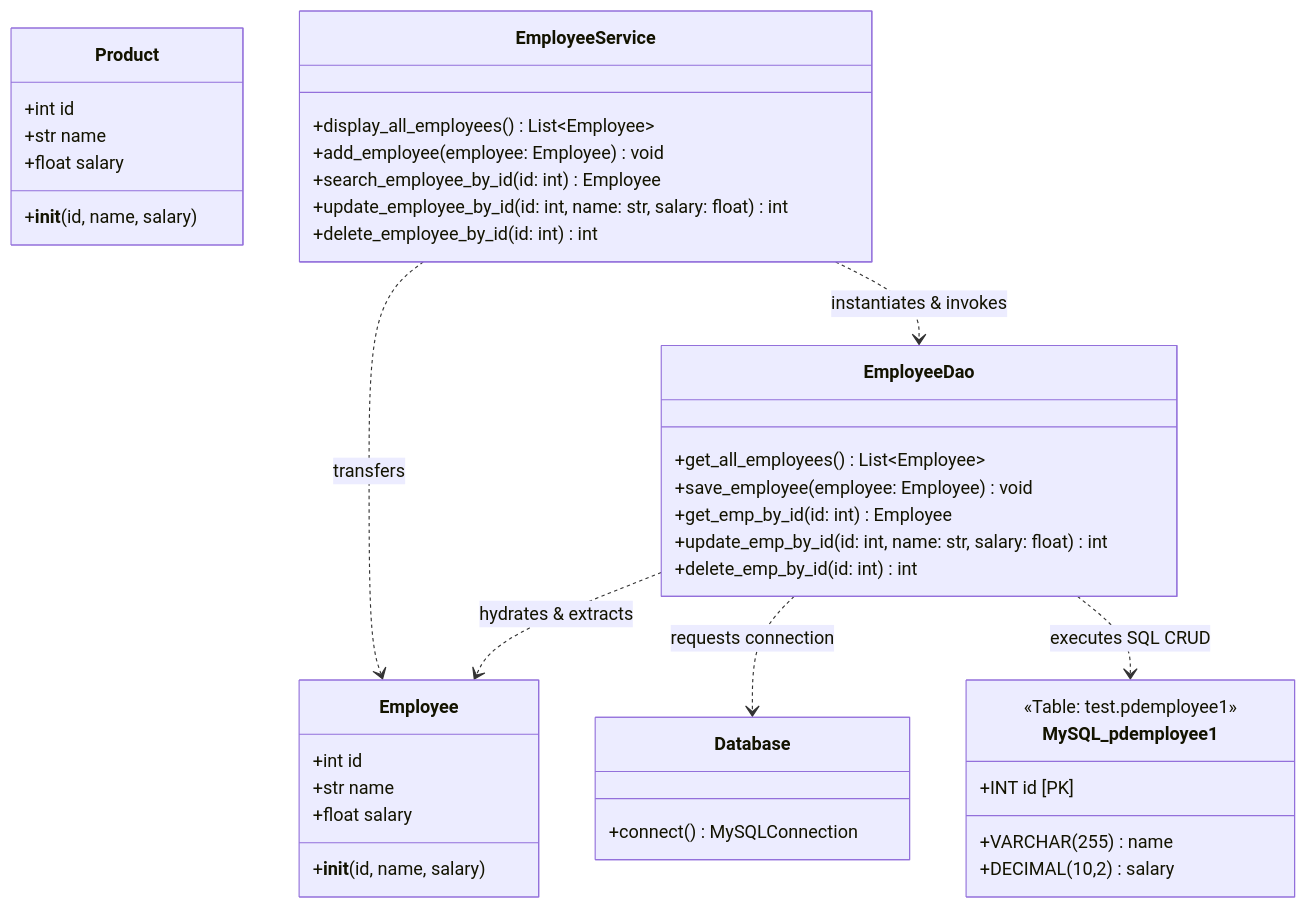
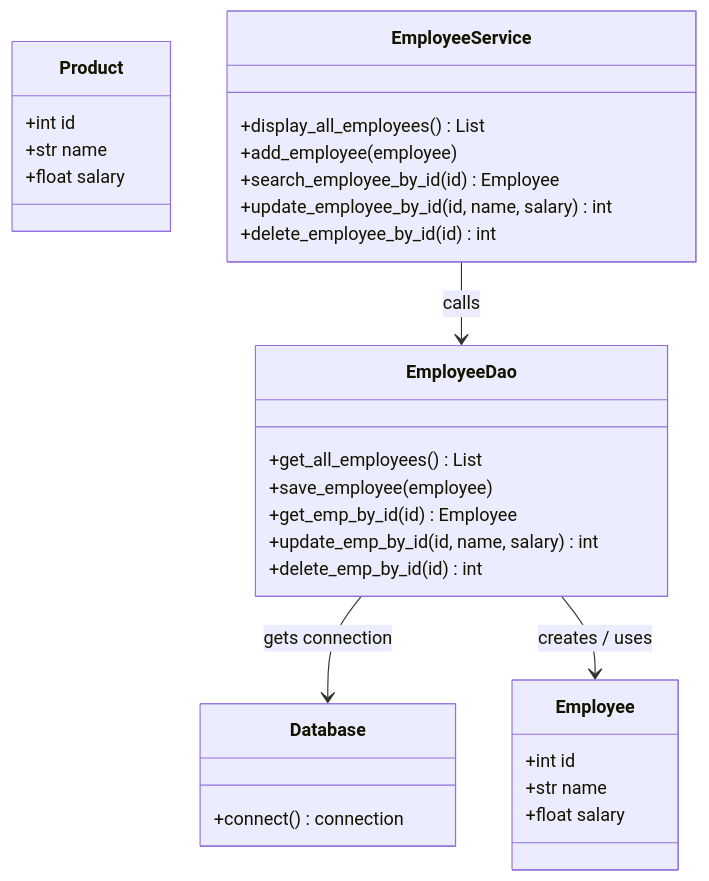
One commit to AnilYadav17/Layered_Architecture_PDBC changed the diagram in Architecture.md. Above: the diagram before and after it, drawn with Mermaid. The commit also changed other lines of this file and 1 other file, not shown here.

Commit message:
simplify architecture guide and separate code from theory

````diff
--- a/Architecture.md
+++ b/Architecture.md
@@ -687,49 +264,38 @@
 ```mermaid
 classDiagram
     class Employee {
         +int id
         +str name
         +float salary
-        +__init__(id, name, salary)
     }
 
     class Product {
         +int id
         +str name
         +float salary
-        +__init__(id, name, salary)
     }
 
     class EmployeeService {
-        +display_all_employees() List~Employee~
-        +add_employee(employee: Employee) void
-        +search_employee_by_id(id: int) Employee
-        +update_employee_by_id(id: int, name: str, salary: float) int
-        +delete_employee_by_id(id: int) int
+        +display_all_employees() List
+        +add_employee(employee)
+        +search_employee_by_id(id) Employee
+        +update_employee_by_id(id, name, salary) int
+        +delete_employee_by_id(id) int
     }
 
     class EmployeeDao {
-        +get_all_employees() List~Employee~
-        +save_employee(employee: Employee) void
-        +get_emp_by_id(id: int) Employee
-        +update_emp_by_id(id: int, name: str, salary: float) int
-        +delete_emp_by_id(id: int) int
+        +get_all_employees() List
+        +save_employee(employee)
+        +get_emp_by_id(id) Employee
+        +update_emp_by_id(id, name, salary) int
+        +delete_emp_by_id(id) int
     }
 
     class Database {
-        +connect() MySQLConnection
+        +connect() connection
     }
 
-    class MySQL_pdemployee1 {
-        <<Table: test.pdemployee1>>
-        +INT id [PK]
-        +VARCHAR(255) name
-        +DECIMAL(10,2) salary
-    }
-
-    EmployeeService ..> Employee : transfers
-    EmployeeService ..> EmployeeDao : instantiates & invokes
-    EmployeeDao ..> Employee : hydrates & extracts
-    EmployeeDao ..> Database : requests connection
-    EmployeeDao ..> MySQL_pdemployee1 : executes SQL CRUD
+    EmployeeService --> EmployeeDao : calls
+    EmployeeDao --> Database : gets connection
+    EmployeeDao --> Employee : creates / uses
 ```
````
